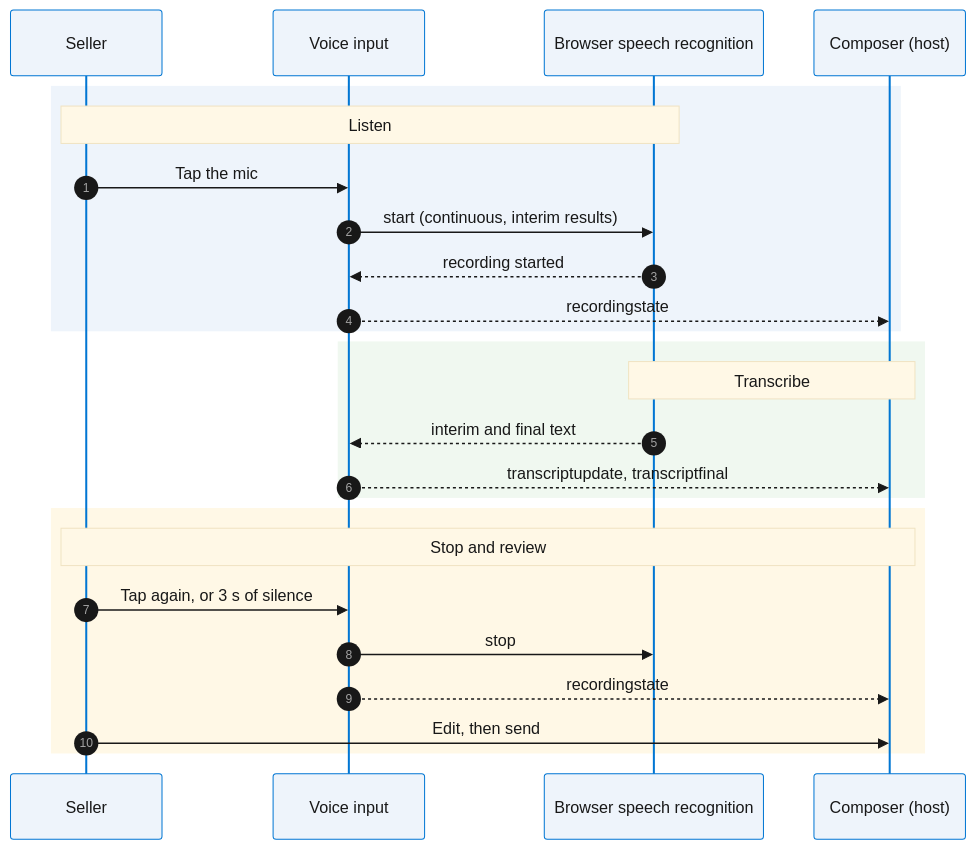
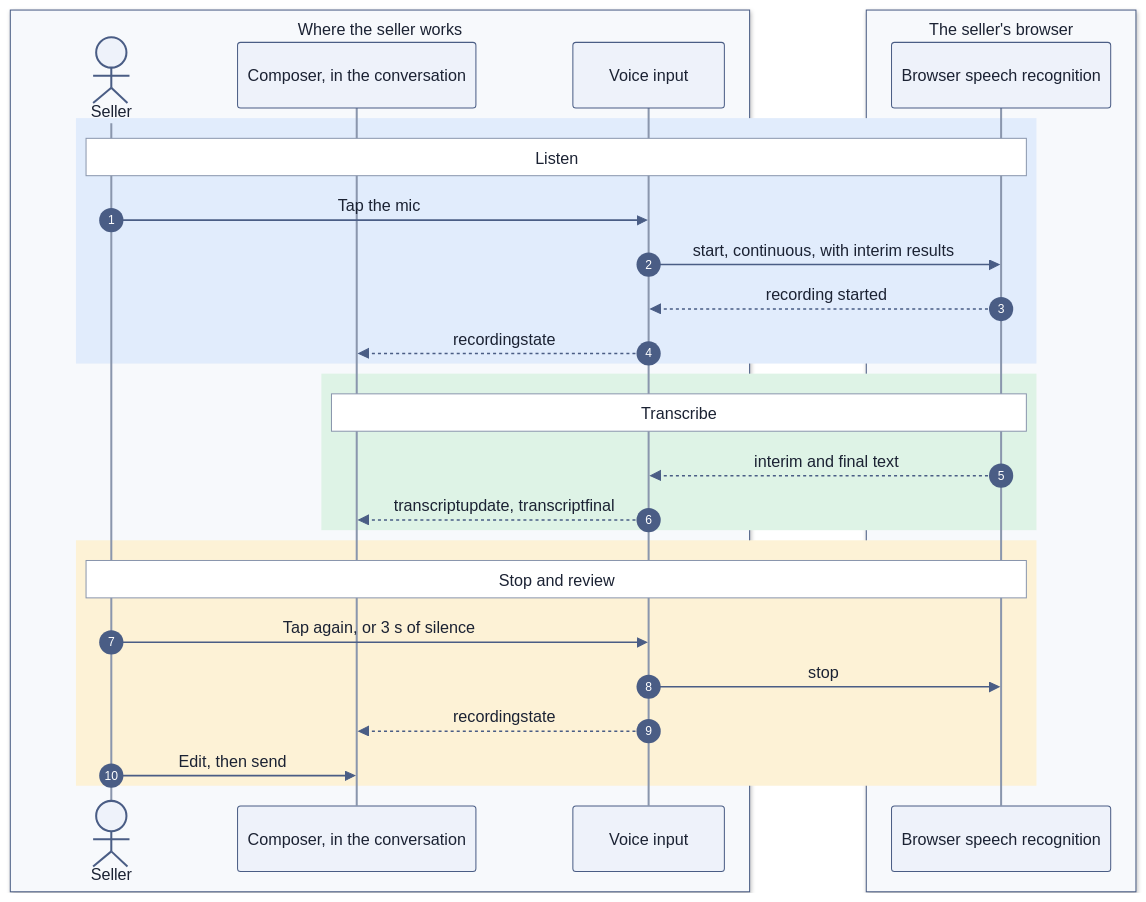
The diagram in docs/patterns/11-voice-input.md (nelsben/generic-agent), drawn with Mermaid before and after one commit. The commit also changed other lines of this file and 16 other files, not shown here.

````diff
--- a/docs/patterns/11-voice-input.md
+++ b/docs/patterns/11-voice-input.md
@@ -23,28 +27,32 @@
 ```mermaid
-%%{init: {"theme": "base", "themeVariables": {"fontFamily": "-apple-system, Segoe UI, Helvetica, Arial, sans-serif", "primaryColor": "#eef4fb", "primaryTextColor": "#181818", "primaryBorderColor": "#0176d3", "lineColor": "#5c5c5c", "noteBkgColor": "#fff8e6", "noteTextColor": "#181818"}}}%%
+%%{init: {"theme": "base", "themeVariables": {"fontFamily": "-apple-system, BlinkMacSystemFont, Segoe UI, Helvetica, Arial, sans-serif", "fontSize": "15px", "primaryColor": "#EEF2FA", "primaryBorderColor": "#4A5D85", "primaryTextColor": "#1B2233", "secondaryColor": "#F4F6F9", "tertiaryColor": "#FFFFFF", "lineColor": "#4A5D85", "textColor": "#1B2233", "actorBkg": "#EEF2FA", "actorBorder": "#4A5D85", "actorTextColor": "#1B2233", "actorLineColor": "#8A96AD", "signalColor": "#4A5D85", "signalTextColor": "#1B2233", "labelBoxBkgColor": "#FFFFFF", "labelBoxBorderColor": "#4A5D85", "labelTextColor": "#1B2233", "loopTextColor": "#1B2233", "noteBkgColor": "#FFFFFF", "noteBorderColor": "#8A96AD", "noteTextColor": "#1B2233", "sequenceNumberColor": "#FFFFFF", "activationBkgColor": "#DDE4F2", "activationBorderColor": "#4A5D85", "clusterBkg": "#F7F9FC", "clusterBorder": "#8A96AD", "edgeLabelBackground": "#FFFFFF"}}}%%
 sequenceDiagram
     autonumber
-    participant U as Seller
-    participant V as Voice input
-    participant B as Browser speech recognition
-    participant C as Composer (host)
-    rect rgb(238, 244, 251)
+    box rgb(247, 249, 252) Where the seller works
+        actor U as Seller
+        participant C as Composer, in the conversation
+        participant V as Voice input
+    end
+    box rgb(247, 249, 252) The seller's browser
+        participant B as Browser speech recognition
+    end
+    rect rgb(225, 236, 252)
         Note over U,B: Listen
         U->>V: Tap the mic
-        V->>B: start (continuous, interim results)
+        V->>B: start, continuous, with interim results
         B-->>V: recording started
         V-->>C: recordingstate
     end
-    rect rgb(240, 248, 240)
-        Note over B,C: Transcribe
+    rect rgb(222, 243, 230)
+        Note over C,B: Transcribe
         B-->>V: interim and final text
         V-->>C: transcriptupdate, transcriptfinal
     end
-    rect rgb(255, 248, 230)
-        Note over U,C: Stop and review
+    rect rgb(253, 242, 214)
+        Note over U,B: Stop and review
         U->>V: Tap again, or 3 s of silence
         V->>B: stop
         V-->>C: recordingstate
         U->>C: Edit, then send
     end
 ```
````
